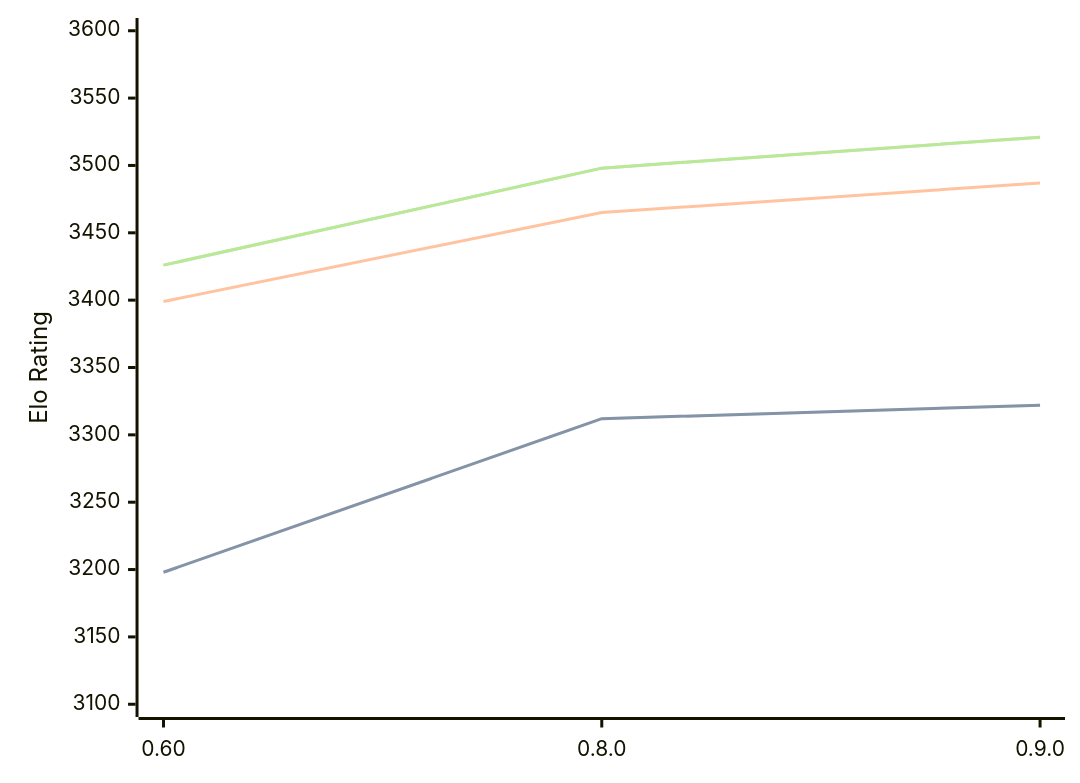
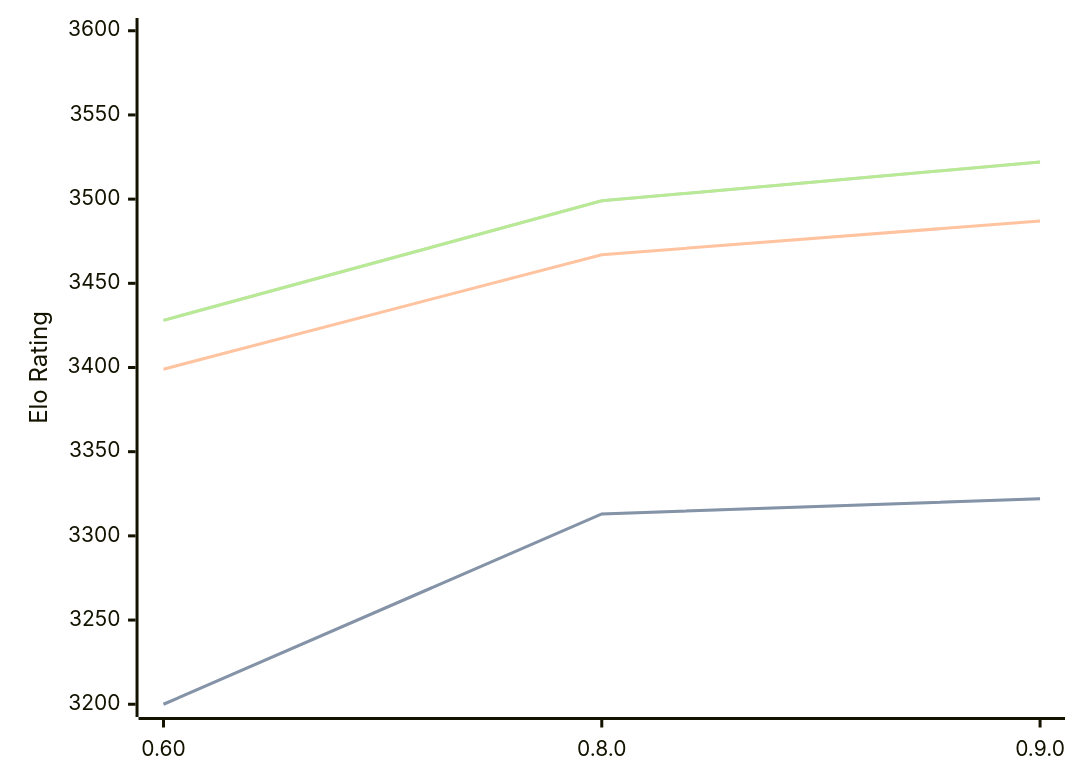
The first of 3 diagrams in engines/Motor.md (computer-chess-index/cci), drawn with Mermaid before and after one commit. The commit also changed other lines of this file, not shown here.

Commit message:
Update CCI Ratings (ELO VLTC) - 2026-07-12

````diff
--- a/engines/Motor.md
+++ b/engines/Motor.md
@@ -39,11 +39,11 @@
 ```mermaid
 %%{init: {"theme":"base","themeVariables":{"seriesColors:['#a3a3a3','#222221','#faa371']}}}%%
 xychart-beta
   x-axis ["0.60", "0.8.0", "0.9.0"]
-  y-axis "Elo Rating" 3100 --> 3600
-  line "STC (8.0+0.08s)" [3198, 3312, 3322]
-  line "STC (8.0+0.08s)" [3198, 3312, 3322]
-  line "LTC (60.0+0.60s)" [3399, 3465, 3487]
-  line "VLTC (2m24s+1.12s)" [3426, 3498, 3521]
-  line "VLTC (2m24s+1.12s)" [3426, 3498, 3521]
+  y-axis "Elo Rating" 3200 --> 3600
+  line "STC (8.0+0.08s)" [3200, 3313, 3322]
+  line "STC (8.0+0.08s)" [3200, 3313, 3322]
+  line "LTC (60.0+0.60s)" [3399, 3467, 3487]
+  line "VLTC (2m24s+1.12s)" [3428, 3499, 3522]
+  line "VLTC (2m24s+1.12s)" [3428, 3499, 3522]
 ```
````
